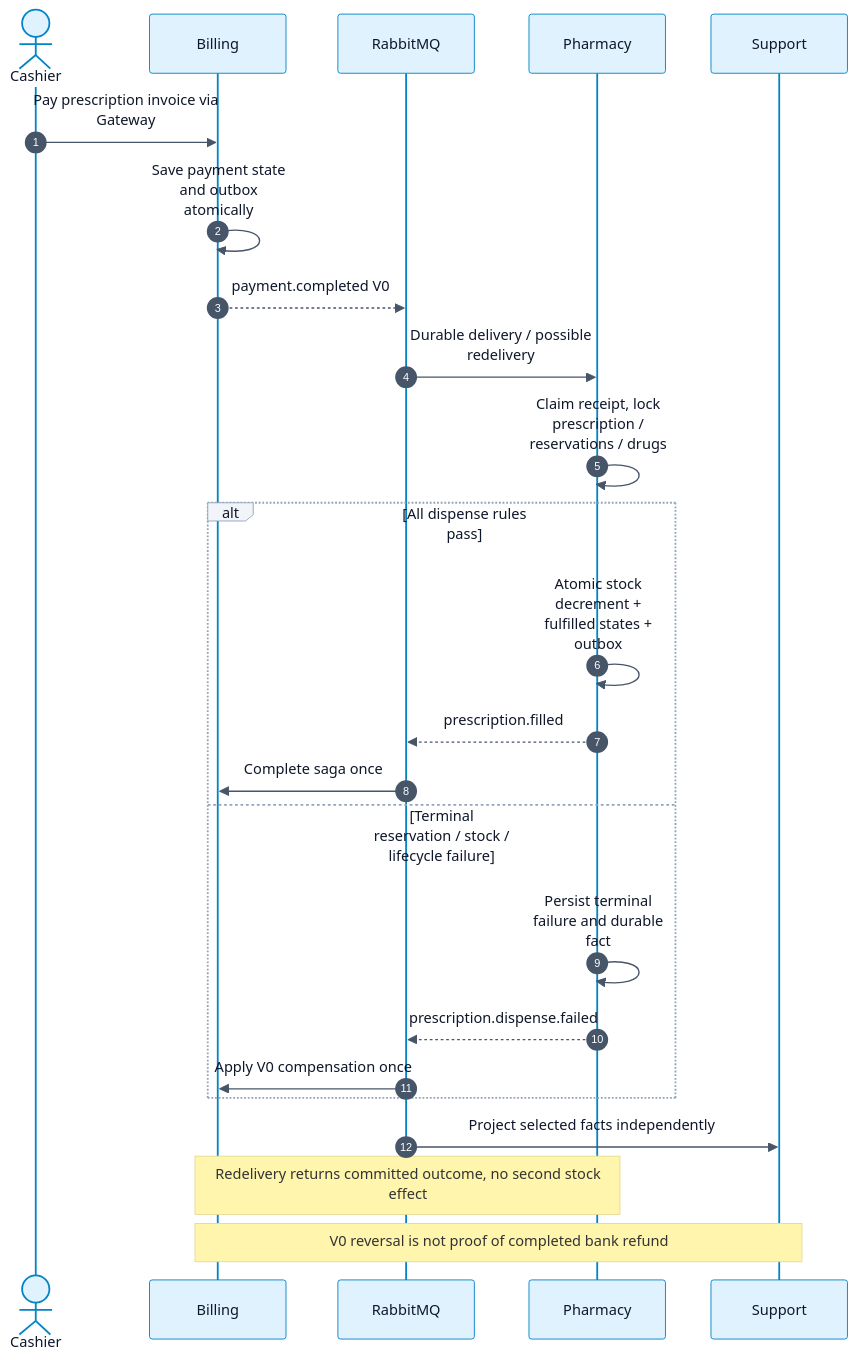
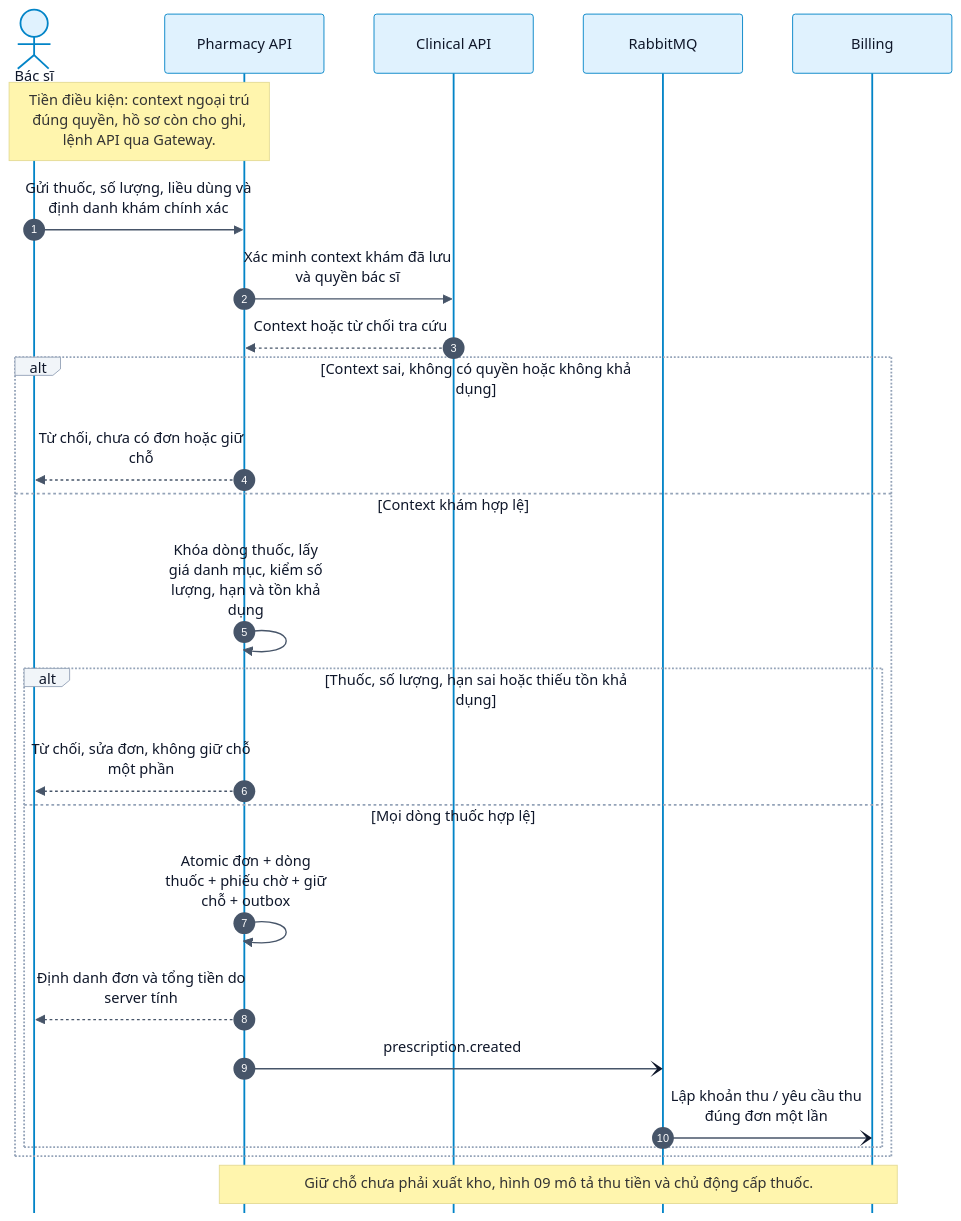
Diagram 18 of 41 in docs/monitor_proj_progress/02-giai-doan-2-thiet-ke-giao-dien-tieu-chuan/review-2/02-review-2-standard-vi.md (Dangvinh77/MediFlow), drawn with Mermaid before and after one commit. The commit also changed other lines of this file and 896 other files, not shown here.

Commit message:
docs(review2): align diagrams with supervisor feedback

````diff
--- a/docs/monitor_proj_progress/02-giai-doan-2-thiet-ke-giao-dien-tieu-chuan/review-2/02-review-2-standard-vi.md
+++ b/docs/monitor_proj_progress/02-giai-doan-2-thiet-ke-giao-dien-tieu-chuan/review-2/02-review-2-standard-vi.md
@@ -923,27 +923,28 @@
 ```mermaid
-%%{init: {"theme": "base", "securityLevel": "loose", "fontFamily": "Arial, sans-serif", "themeVariables": {"primaryColor": "#e0f2fe", "primaryTextColor": "#0f172a", "primaryBorderColor": "#0284c7", "lineColor": "#475569", "secondaryColor": "#ccfbf1", "tertiaryColor": "#f1f5f9", "background": "#ffffff", "mainBkg": "#e0f2fe", "nodeBorder": "#0284c7", "clusterBkg": "#f8fafc", "clusterBorder": "#94a3b8", "actorBkg": "#e0f2fe", "actorBorder": "#0284c7", "actorTextColor": "#0f172a", "signalColor": "#475569", "signalTextColor": "#0f172a", "labelBoxBkgColor": "#f1f5f9", "labelBoxBorderColor": "#94a3b8", "activationBkgColor": "#ccfbf1", "activationBorderColor": "#0f766e", "sequenceNumberColor": "#ffffff", "attributeBackgroundColorOdd": "#ffffff", "attributeBackgroundColorEven": "#f0f9ff"}, "flowchart": {"htmlLabels": true, "curve": "basis", "nodeSpacing": 30, "rankSpacing": 50}, "sequence": {"useMaxWidth": true, "wrap": true}, "er": {"useMaxWidth": true}}}%%
+%%{init: {"theme": "base", "securityLevel": "loose", "fontFamily": "Arial, sans-serif", "themeVariables": {"primaryColor": "#e0f2fe", "primaryTextColor": "#0f172a", "primaryBorderColor": "#0284c7", "lineColor": "#475569", "secondaryColor": "#ccfbf1", "tertiaryColor": "#f1f5f9", "background": "#ffffff", "mainBkg": "#e0f2fe", "nodeBorder": "#0284c7", "clusterBkg": "#f8fafc", "clusterBorder": "#94a3b8", "actorBkg": "#e0f2fe", "actorBorder": "#0284c7", "actorTextColor": "#0f172a", "signalColor": "#475569", "signalTextColor": "#0f172a", "labelBoxBkgColor": "#f1f5f9", "labelBoxBorderColor": "#94a3b8", "activationBkgColor": "#ccfbf1", "activationBorderColor": "#0f766e", "sequenceNumberColor": "#ffffff", "attributeBackgroundColorOdd": "#ffffff", "attributeBackgroundColorEven": "#f0f9ff"}, "flowchart": {"htmlLabels": true, "curve": "linear", "nodeSpacing": 40, "rankSpacing": 46, "subGraphTitleMargin": {"top": 12, "bottom": 45}}, "sequence": {"useMaxWidth": true, "wrap": true, "actorMargin": 55, "width": 175, "messageMargin": 30, "mirrorActors": false}, "er": {"useMaxWidth": true}, "maxTextSize": 2000000, "class": {"nodeSpacing": 30, "rankSpacing": 55}}}%%
 sequenceDiagram
  autonumber
- actor Cashier
+ actor Doctor as Bác sĩ
+ participant P as Pharmacy API
+ participant C as Clinical API
+ participant Q as RabbitMQ
  participant B as Billing
- participant Q as RabbitMQ
- participant P as Pharmacy
- participant S as Support
- Cashier->>B: Pay prescription invoice via Gateway
- B->>B: Save payment state and outbox atomically
- B-->>Q: payment.completed V0
- Q->>P: Durable delivery / possible redelivery
- P->>P: Claim receipt, lock prescription / reservations / drugs
- alt All dispense rules pass
- P->>P: Atomic stock decrement + fulfilled states + outbox
- P-->>Q: prescription.filled
- Q->>B: Complete saga once
- else Terminal reservation / stock / lifecycle failure
- P->>P: Persist terminal failure and durable fact
- P-->>Q: prescription.dispense.failed
- Q->>B: Apply V0 compensation once
+ Note over Doctor,P: Tiền điều kiện: context ngoại trú đúng quyền, hồ sơ còn cho ghi, lệnh API qua Gateway.
+ Doctor->>P: Gửi thuốc, số lượng, liều dùng và định danh khám chính xác
+ P->>C: Xác minh context khám đã lưu và quyền bác sĩ
+ C-->>P: Context hoặc từ chối tra cứu
+ alt Context sai, không có quyền hoặc không khả dụng
+  P-->>Doctor: Từ chối, chưa có đơn hoặc giữ chỗ
+ else Context khám hợp lệ
+  P->>P: Khóa dòng thuốc, lấy giá danh mục, kiểm số lượng, hạn và tồn khả dụng
+  alt Thuốc, số lượng, hạn sai hoặc thiếu tồn khả dụng
+   P-->>Doctor: Từ chối, sửa đơn, không giữ chỗ một phần
+  else Mọi dòng thuốc hợp lệ
+   P->>P: Atomic đơn + dòng thuốc + phiếu chờ + giữ chỗ + outbox
+   P-->>Doctor: Định danh đơn và tổng tiền do server tính
+   P-)Q: prescription.created
+   Q-)B: Lập khoản thu / yêu cầu thu đúng đơn một lần
+  end
  end
- Q->>S: Project selected facts independently
- Note over B,P: Redelivery returns committed outcome, no second stock effect
- Note over B,S: V0 reversal is not proof of completed bank refund
+ Note over P,B: Giữ chỗ chưa phải xuất kho, hình 09 mô tả thu tiền và chủ động cấp thuốc.
 ```
````
